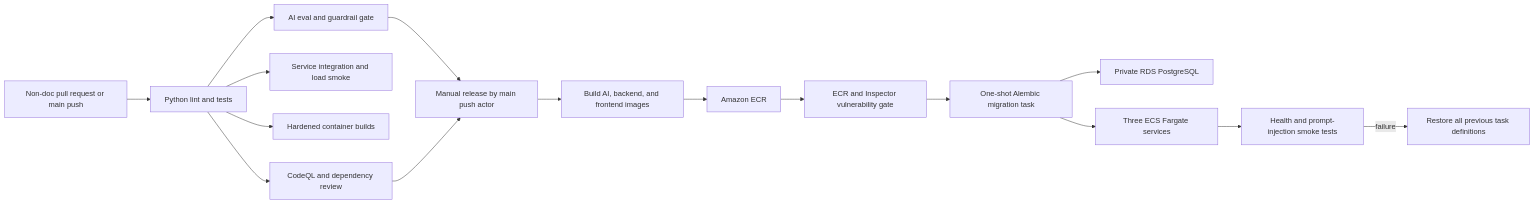
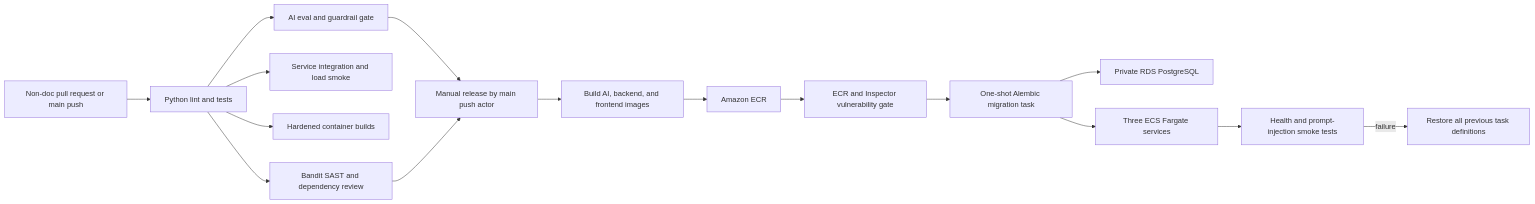
Before and after one commit to Seanleng99/nus-iss-ais-team9: the diagram in docs/cicd-pipeline.md, drawn with Mermaid. The commit also changed other lines of this file and 9 other files, not shown here.

````diff
--- a/docs/cicd-pipeline.md
+++ b/docs/cicd-pipeline.md
@@ -5,18 +5,18 @@
 ```mermaid
 flowchart LR
   CHANGE["Non-doc pull request or main push"] --> CI["Python lint and tests"]
   CI --> EVAL["AI eval and guardrail gate"]
   CI --> INTEGRATION["Service integration and load smoke"]
   CI --> CONTAINERS["Hardened container builds"]
-  CI --> SAST["CodeQL and dependency review"]
+  CI --> SAST["Bandit SAST and dependency review"]
   EVAL --> APPROVAL["Manual release by main push actor"]
   SAST --> APPROVAL
   APPROVAL --> BUILD["Build AI, backend, and frontend images"]
   BUILD --> ECR["Amazon ECR"]
   ECR --> SCAN["ECR and Inspector vulnerability gate"]
   SCAN --> MIGRATE["One-shot Alembic migration task"]
   MIGRATE --> RDS["Private RDS PostgreSQL"]
   MIGRATE --> ECS["Three ECS Fargate services"]
   ECS --> SMOKE["Health and prompt-injection smoke tests"]
   SMOKE -->|failure| ROLLBACK["Restore all previous task definitions"]
 ```
````
